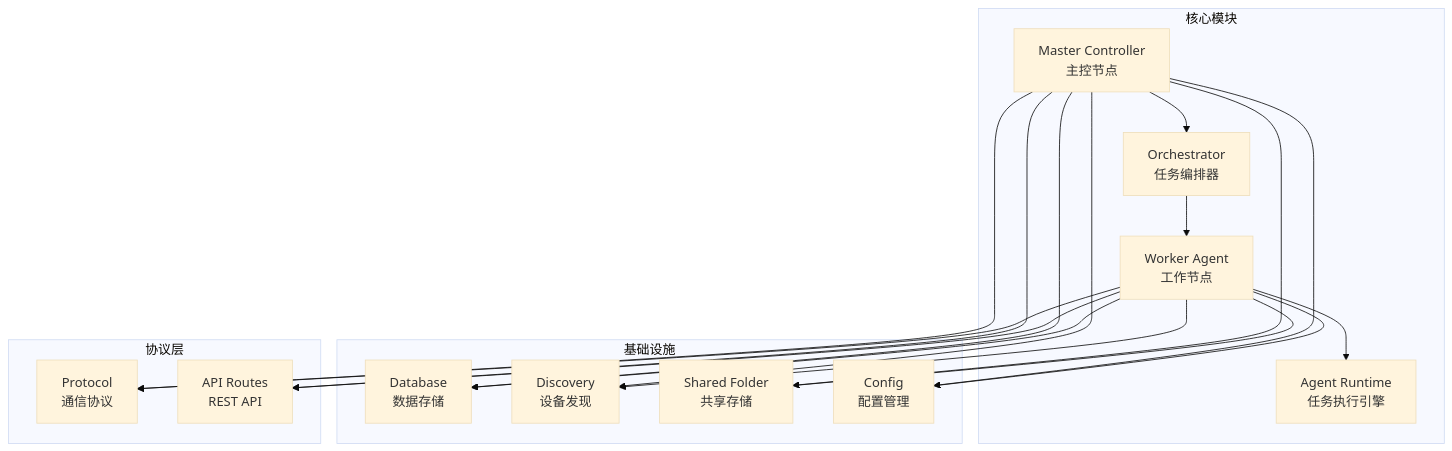
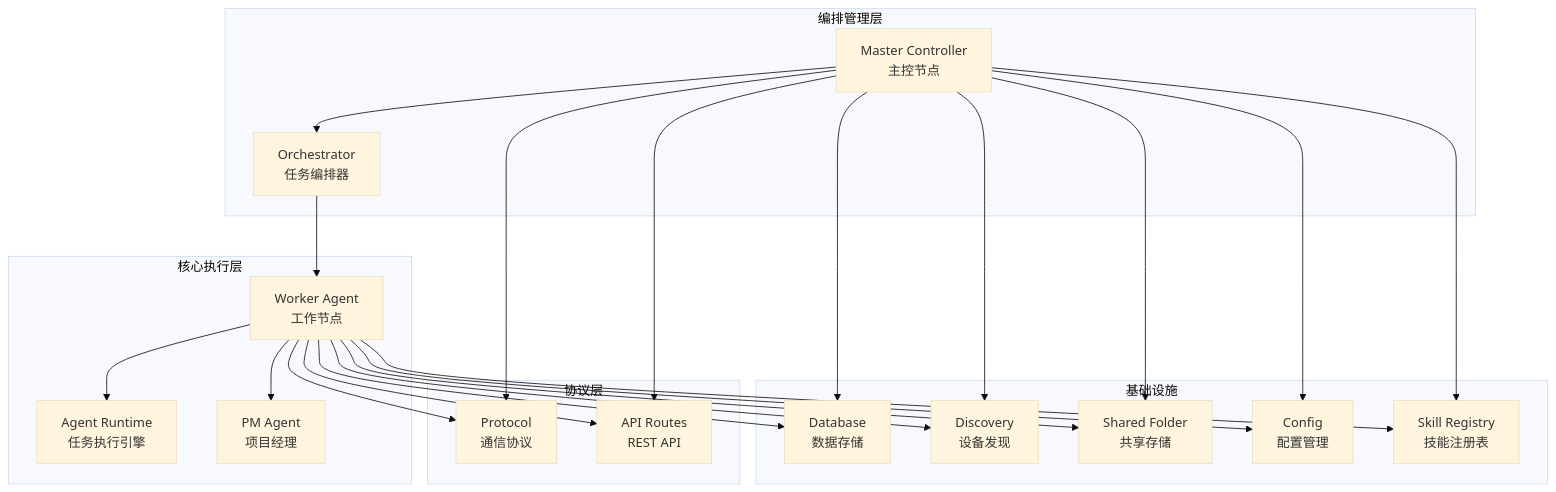
The first of 14 diagrams in .qoder/repowiki/zh/content/架构设计/Worker 代理/Agent 能力声明系统/Agent 运行时管理.md (targalian/Personal-distributed-workstation), drawn with Mermaid (base theme) before and after one commit. The commit also changed other lines of this file and 60 other files, not shown here.

````diff
--- a/.qoder/repowiki/zh/content/架构设计/Worker 代理/Agent 能力声明系统/Agent 运行时管理.md
+++ b/.qoder/repowiki/zh/content/架构设计/Worker 代理/Agent 能力声明系统/Agent 运行时管理.md
@@ -41,34 +55,41 @@
 ```mermaid
 graph TB
-subgraph "核心模块"
+subgraph "核心执行层"
 AR[Agent Runtime<br/>任务执行引擎]
+WR[Worker Agent<br/>工作节点]
+PM[PM Agent<br/>项目经理]
+end
+subgraph "编排管理层"
 OR[Orchestrator<br/>任务编排器]
-WR[Worker Agent<br/>工作节点]
 MS[Master Controller<br/>主控节点]
 end
 subgraph "基础设施"
 DB[Database<br/>数据存储]
 DS[Discovery<br/>设备发现]
 SF[Shared Folder<br/>共享存储]
 CFG[Config<br/>配置管理]
+SR[Skill Registry<br/>技能注册表]
 end
 subgraph "协议层"
 PT[Protocol<br/>通信协议]
 API[API Routes<br/>REST API]
 end
 MS --> OR
 OR --> WR
 WR --> AR
+WR --> PM
 WR --> API
 MS --> API
 WR --> DB
 MS --> DB
 WR --> DS
 MS --> DS
 WR --> SF
 MS --> SF
 WR --> CFG
 MS --> CFG
+WR --> SR
+MS --> SR
 WR --> PT
 MS --> PT
 ```
````
